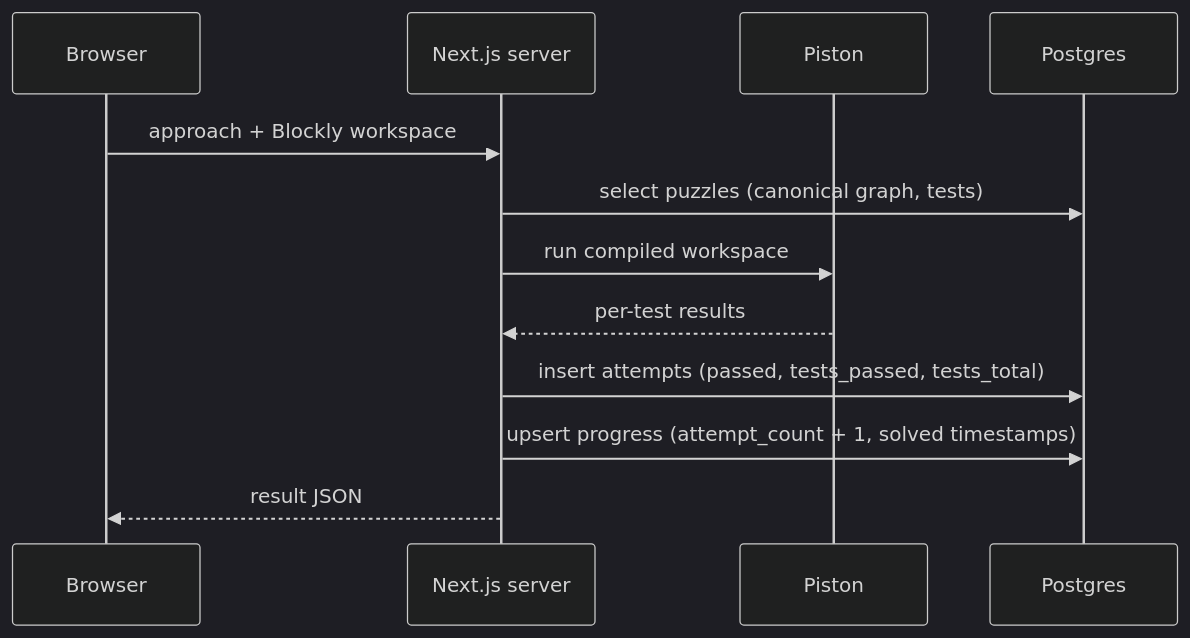
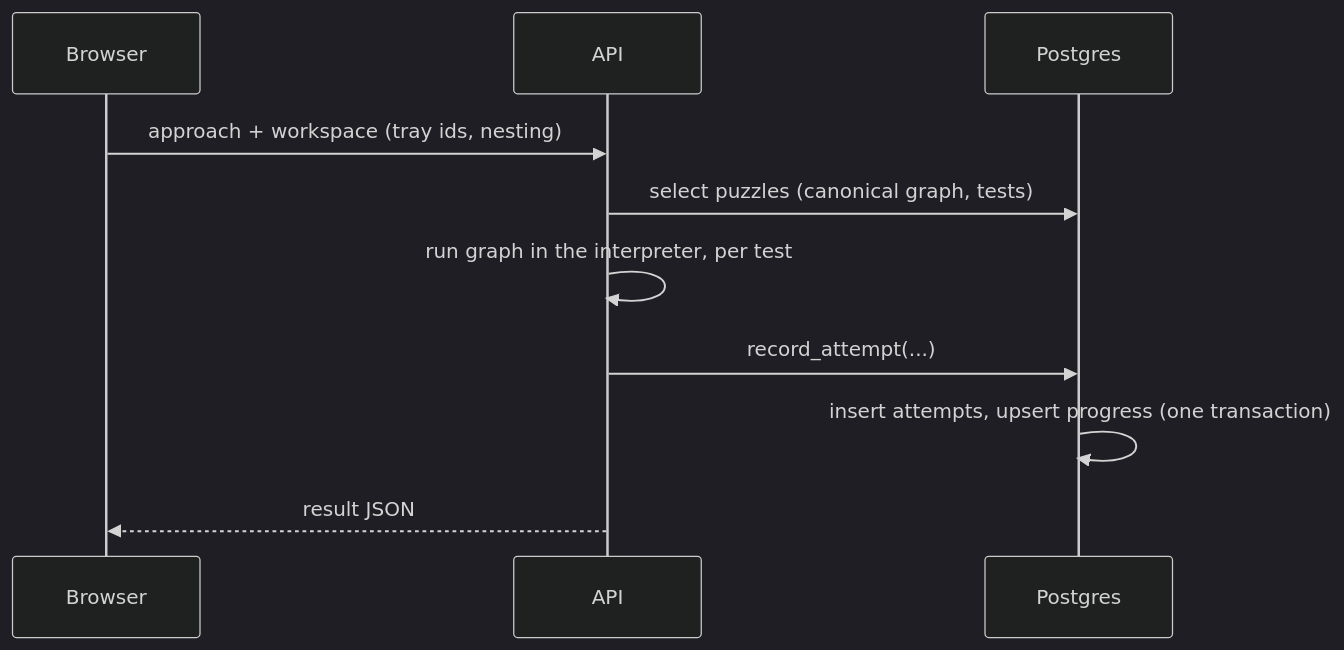
Before and after one commit to Zaku-Seven/LeetBloc: the fourth of 4 diagrams in DATABASE.md, drawn with Mermaid (dark theme). The commit also changed other lines of this file and 49 other files, not shown here.

````diff
--- a/DATABASE.md
+++ b/DATABASE.md
@@ -156,14 +159,12 @@
 ```mermaid
 sequenceDiagram
   participant B as Browser
-  participant S as Next.js server
-  participant P as Piston
+  participant S as API
   participant DB as Postgres
-  B->>S: approach + Blockly workspace
+  B->>S: approach + workspace (tray ids, nesting)
   S->>DB: select puzzles (canonical graph, tests)
-  S->>P: run compiled workspace
-  P-->>S: per-test results
-  S->>DB: insert attempts (passed, tests_passed, tests_total)
-  S->>DB: upsert progress (attempt_count + 1, solved timestamps)
+  S->>S: run graph in the interpreter, per test
+  S->>DB: record_attempt(...)
+  DB->>DB: insert attempts, upsert progress (one transaction)
   S-->>B: result JSON
 ```
````
